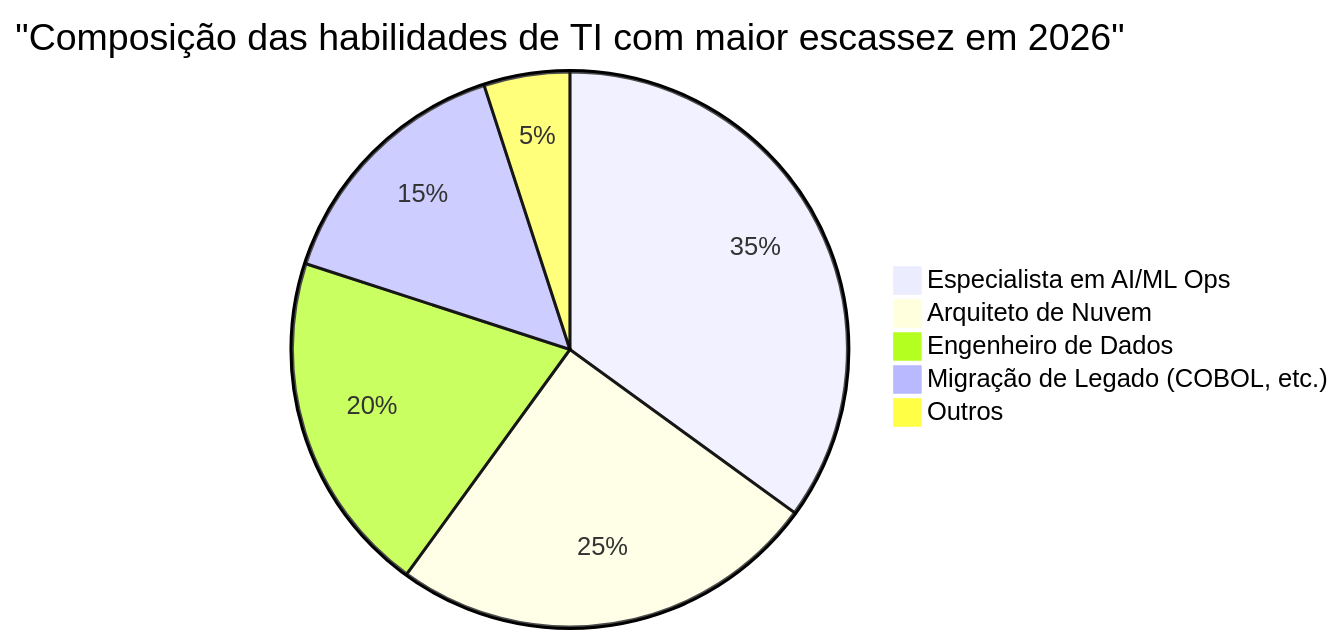
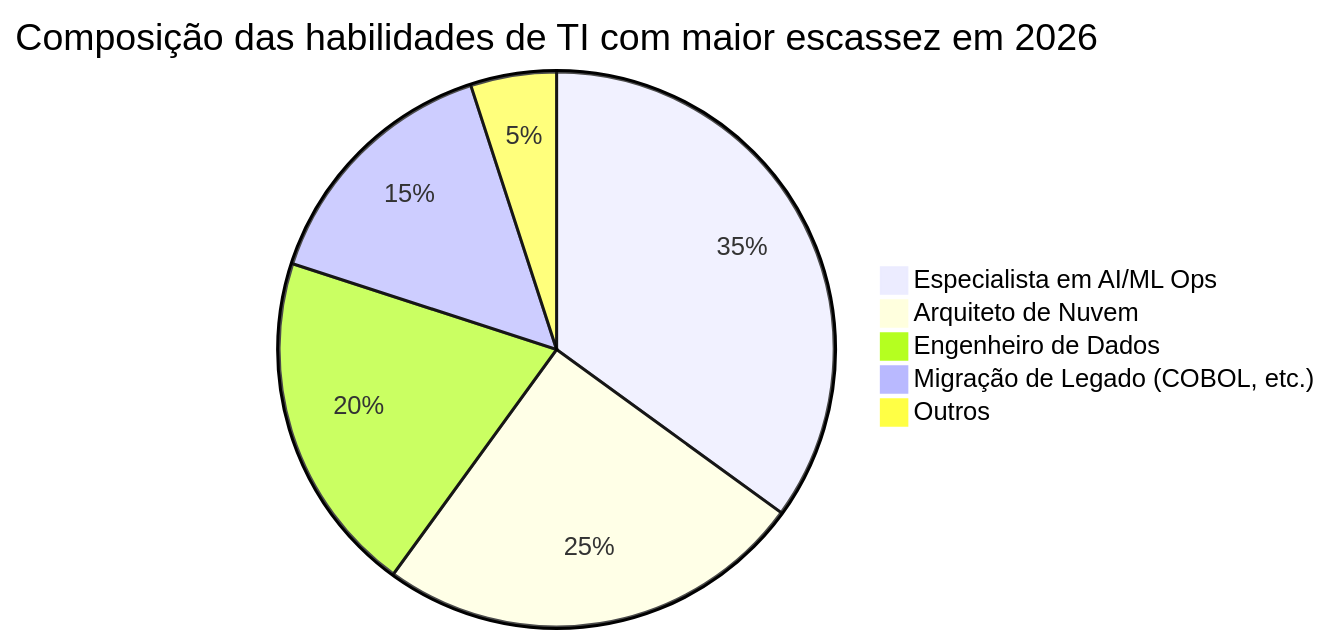
The second of 4 diagrams in content/post/it_talent_shortage_2026/index.pt.md (kenjinote/blog), drawn with Mermaid before and after one commit. The commit also changed other lines of this file and 703 other files, not shown here.

Commit message:
Fix: Remove quotes from Mermaid link texts and timeline definitions to support Mermaid 11.4.1

````diff
--- a/content/post/it_talent_shortage_2026/index.pt.md
+++ b/content/post/it_talent_shortage_2026/index.pt.md
@@ -77,8 +77,8 @@
 ```mermaid
-pie title "Composição das habilidades de TI com maior escassez em 2026"
+pie title Composição das habilidades de TI com maior escassez em 2026
     "Especialista em AI/ML Ops" : 35
     "Arquiteto de Nuvem" : 25
     "Engenheiro de Dados" : 20
     "Migração de Legado (COBOL, etc.)" : 15
     "Outros" : 5
 ```
````
